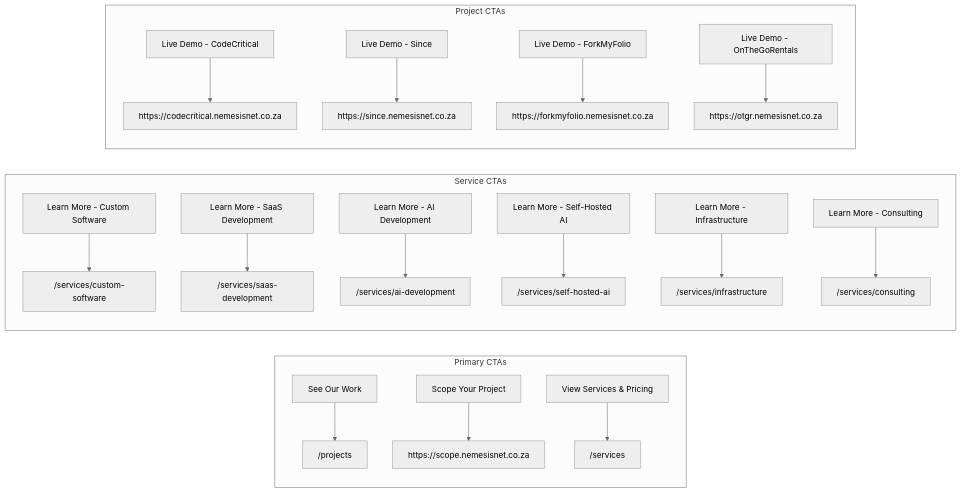
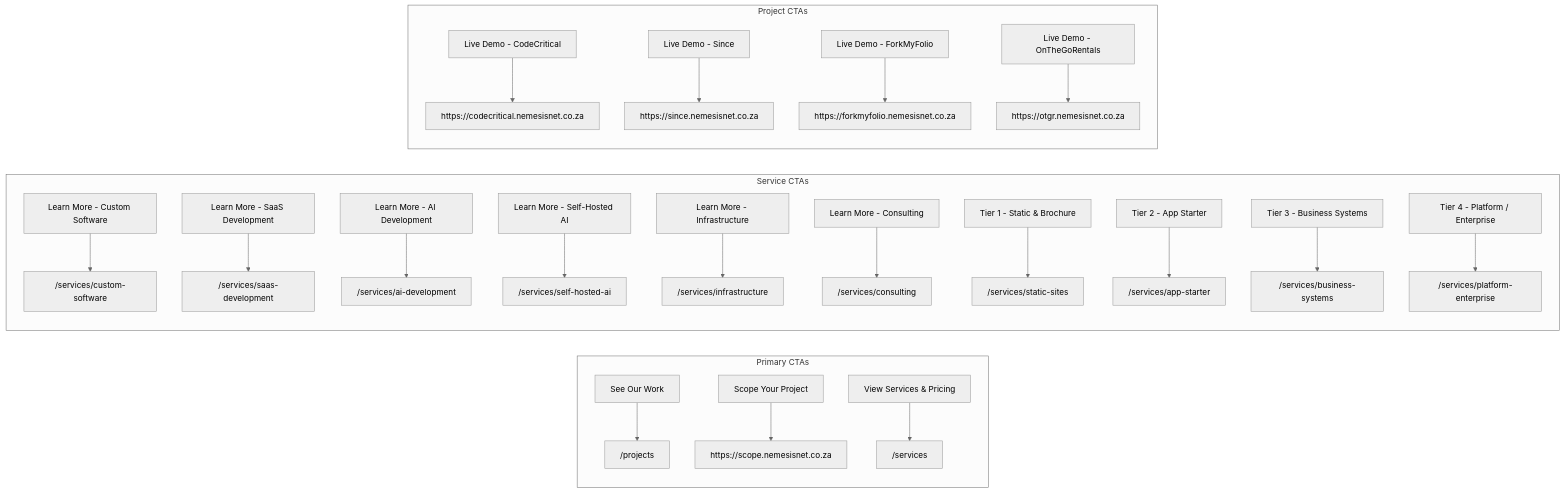
The fourth of 11 diagrams in docs/SITE_ARCHITECTURE.md (NemesisGuy/nemesisnet), drawn with Mermaid (neutral theme) before and after one commit. The commit also changed other lines of this file and 3 other files, not shown here.

````diff
--- a/docs/SITE_ARCHITECTURE.md
+++ b/docs/SITE_ARCHITECTURE.md
@@ -109,24 +113,28 @@
 ```mermaid
 flowchart LR
     subgraph "Primary CTAs"
         C1["See Our Work"] --> /projects
         C2["Scope Your Project"] --> https://scope.nemesisnet.co.za
         C3["View Services & Pricing"] --> /services
     end
 
     subgraph "Service CTAs"
         C4["Learn More - Custom Software"] --> /services/custom-software
         C5["Learn More - SaaS Development"] --> /services/saas-development
         C6["Learn More - AI Development"] --> /services/ai-development
         C7["Learn More - Self-Hosted AI"] --> /services/self-hosted-ai
         C8["Learn More - Infrastructure"] --> /services/infrastructure
         C9["Learn More - Consulting"] --> /services/consulting
+        C10["Tier 1 - Static & Brochure"] --> /services/static-sites
+        C11["Tier 2 - App Starter"] --> /services/app-starter
+        C12["Tier 3 - Business Systems"] --> /services/business-systems
+        C13["Tier 4 - Platform / Enterprise"] --> /services/platform-enterprise
     end
 
     subgraph "Project CTAs"
         P1["Live Demo - CodeCritical"] --> https://codecritical.nemesisnet.co.za
         P2["Live Demo - Since"] --> https://since.nemesisnet.co.za
         P3["Live Demo - ForkMyFolio"] --> https://forkmyfolio.nemesisnet.co.za
         P4["Live Demo - OnTheGoRentals"] --> https://otgr.nemesisnet.co.za
     end
 ```
````
